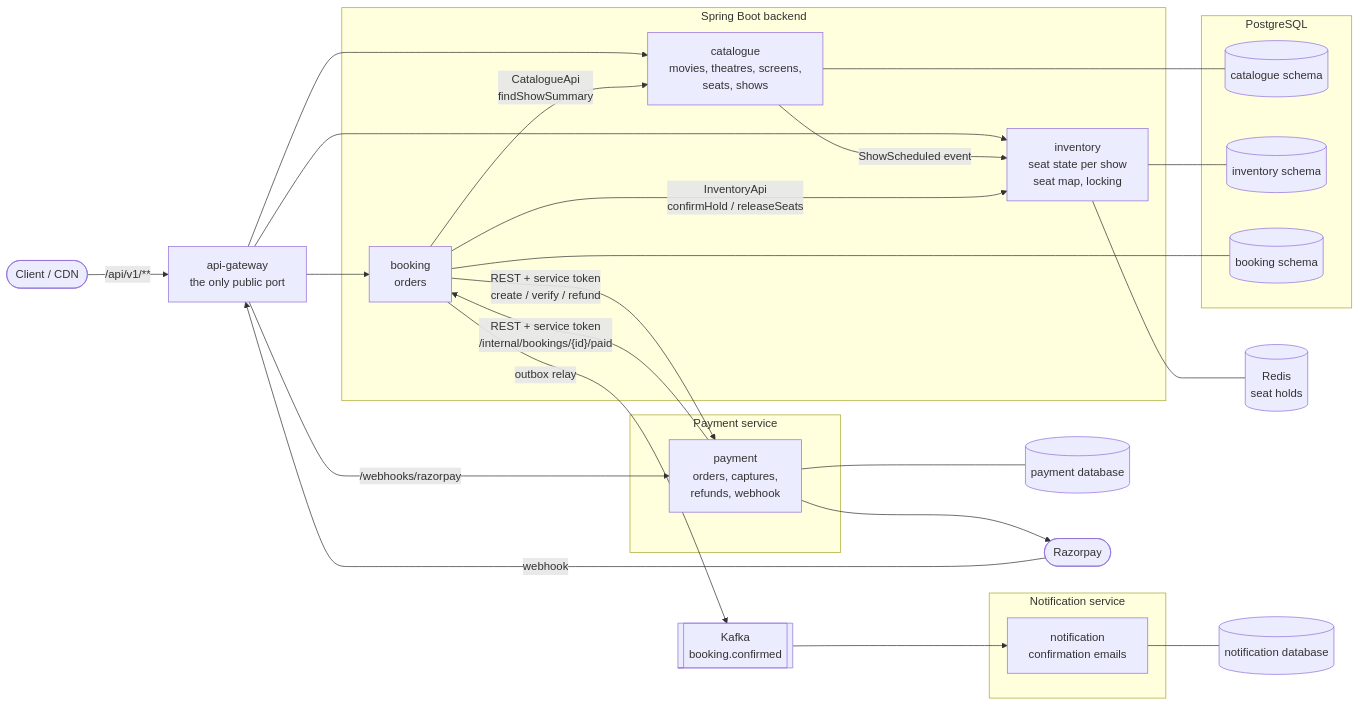
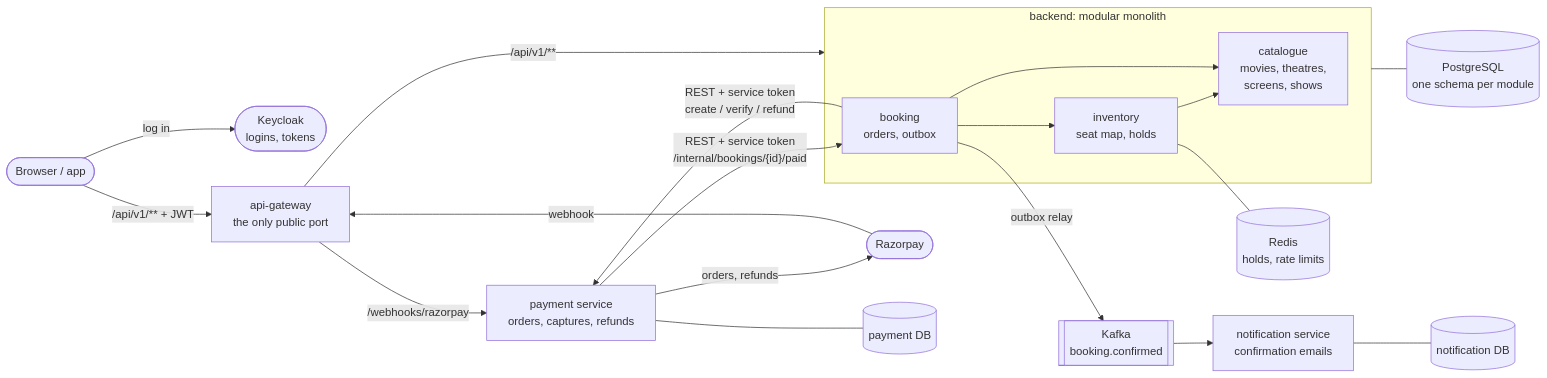
The first of 4 diagrams in README.md (GopiSVDev/seat-lock), drawn with Mermaid before and after one commit. The commit also changed other lines of this file and 3 other files, not shown here.

````diff
--- a/README.md
+++ b/README.md
@@ -157,50 +166,37 @@
 ```mermaid
 flowchart LR
-    client([Client / CDN])
+    client([Browser / app])
+    keycloak([Keycloak<br/>logins, tokens])
+    razorpay([Razorpay])
     gateway[api-gateway<br/>the only public port]
 
-    subgraph app[Spring Boot backend]
-        catalogue[catalogue<br/>movies, theatres, screens,<br/>seats, shows]
-        inventory[inventory<br/>seat state per show<br/>seat map, locking]
-        booking[booking<br/>orders]
+    subgraph backend[backend: modular monolith]
+        catalogue[catalogue<br/>movies, theatres,<br/>screens, shows]
+        inventory[inventory<br/>seat map, holds]
+        booking[booking<br/>orders, outbox]
     end
+    pg[(PostgreSQL<br/>one schema per module)]
+    redis[(Redis<br/>holds, rate limits)]
+    kafka[[Kafka<br/>booking.confirmed]]
+    payment[payment service<br/>orders, captures, refunds]
+    paydb[(payment DB)]
+    notification[notification service<br/>confirmation emails]
+    notifdb[(notification DB)]
 
-    subgraph db[PostgreSQL]
-        s1[(catalogue schema)]
-        s2[(inventory schema)]
-        s3[(booking schema)]
-    end
-
-    redis[(Redis<br/>seat holds)]
-
-    subgraph pay[Payment service]
-        payment[payment<br/>orders, captures,<br/>refunds, webhook]
-    end
-    paydb[(payment database)]
-    razorpay([Razorpay])
-
-    kafka[[Kafka<br/>booking.confirmed]]
-    subgraph notif[Notification service]
-        notification[notification<br/>confirmation emails]
-    end
-    notifdb[(notification database)]
-
-    client -- "/api/v1/**" --> gateway
-    gateway --> catalogue & inventory & booking
+    client -- "log in" --> keycloak
+    client -- "/api/v1/** + JWT" --> gateway
+    razorpay -- "webhook" --> gateway
+    gateway -- "/api/v1/**" --> backend
+    gateway -- "/webhooks/razorpay" --> payment
+    booking --> inventory --> catalogue
+    booking --> catalogue
+    backend --- pg
+    inventory --- redis
     booking -- "REST + service token<br/>create / verify / refund" --> payment
     payment -- "REST + service token<br/>/internal/bookings/{id}/paid" --> booking
-    payment --> razorpay
-    razorpay -- "webhook" --> gateway
-    gateway -- "/webhooks/razorpay" --> payment
+    payment -- "orders, refunds" --> razorpay
     payment --- paydb
-    catalogue -- "ShowScheduled event" --> inventory
-    booking -- "InventoryApi<br/>confirmHold / releaseSeats" --> inventory
-    booking -- "CatalogueApi<br/>findShowSummary" --> catalogue
-    catalogue --- s1
-    inventory --- s2
-    inventory --- redis
-    booking --- s3
     booking -- "outbox relay" --> kafka
     kafka --> notification
     notification --- notifdb
 ```
````
